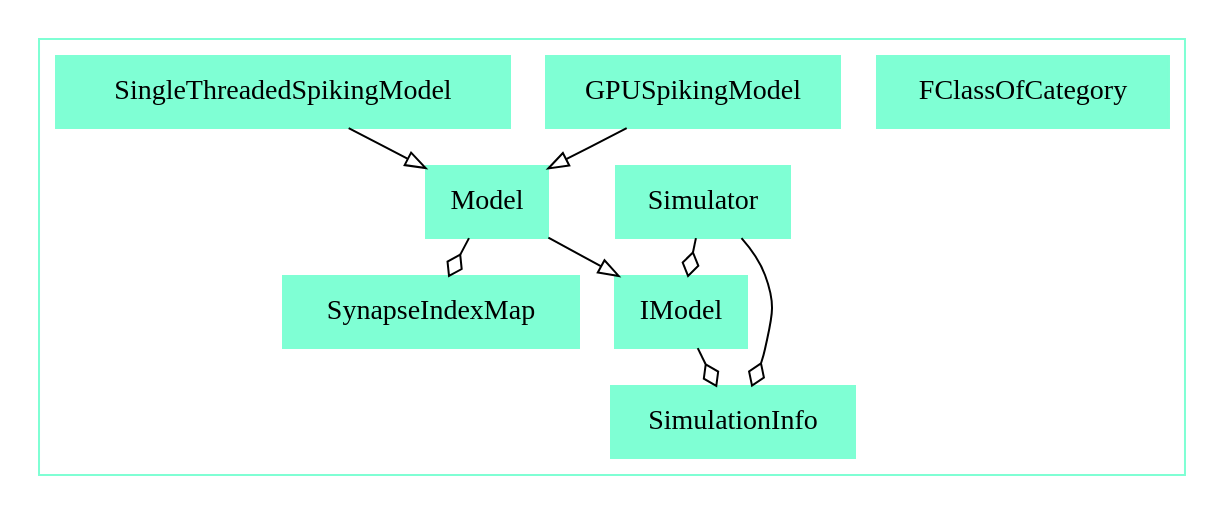
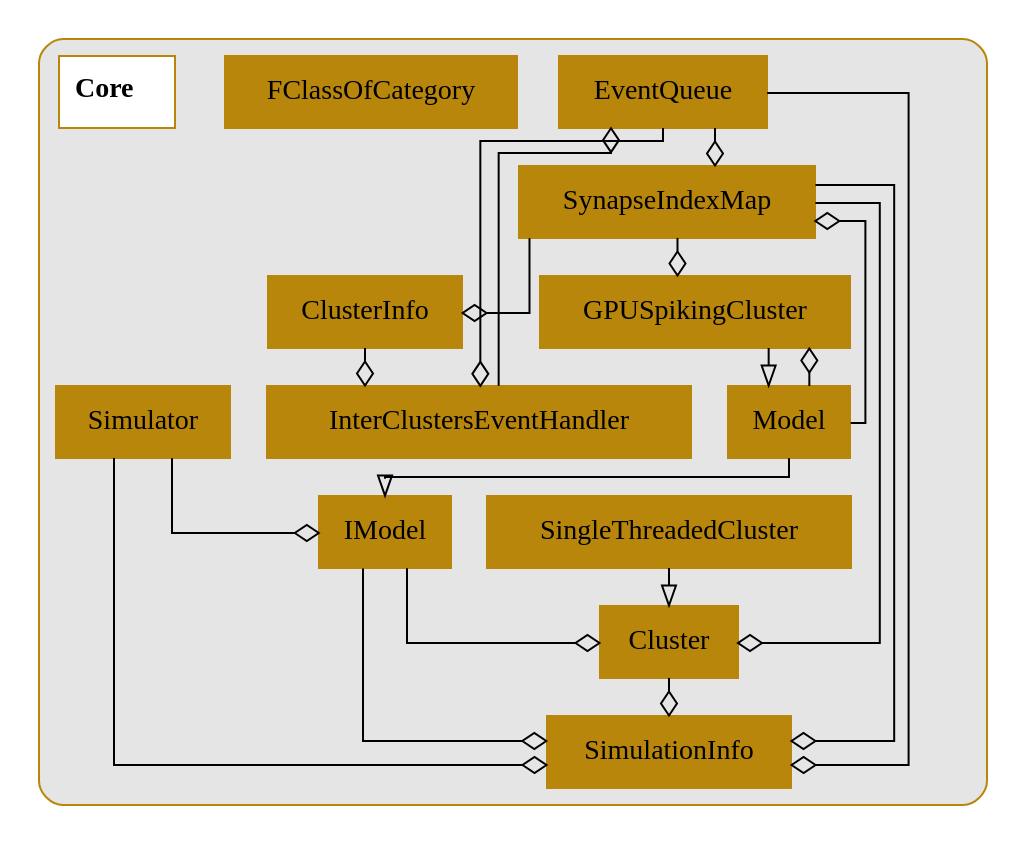
The diagram in Tools/DiagramGenerator/ExampleOutputs/dot_subsystems/Core.dot (UWB-Biocomputing/BrainGrid), drawn with Graphviz before and after one commit. The commit also changed 28 other files, not shown here.

First line of the commit message:
dotGenerator update, new diagrams

```diff
--- a/Tools/DiagramGenerator/ExampleOutputs/dot_subsystems/Core.dot
+++ b/Tools/DiagramGenerator/ExampleOutputs/dot_subsystems/Core.dot
@@ -1,45 +1,70 @@
 digraph{
+	 graph [splines=ortho]
 
 	subgraph clusterCore {
-		color = aquamarine
-		node [shape = record, color = aquamarine];
+		style = rounded
+		bgcolor = grey90
+		color = darkgoldenrod
+		node [shape = record, color = darkgoldenrod];
 
+		Cluster[label = Cluster, style = filled];
+		ClusterInfo[label = ClusterInfo, style = filled];
+		EventQueue[label = EventQueue, style = filled];
 		FClassOfCategory[label = FClassOfCategory, style = filled];
-		GPUSpikingModel[label = GPUSpikingModel, style = filled];
+		GPUSpikingCluster[label = GPUSpikingCluster, style = filled];
 		IModel[label = IModel, style = filled];
+		InterClustersEventHandler[label = InterClustersEventHandler, style = filled];
 		Model[label = Model, style = filled];
 		SimulationInfo[label = SimulationInfo, style = filled];
 		Simulator[label = Simulator, style = filled];
-		SingleThreadedSpikingModel[label = SingleThreadedSpikingModel, style = filled];
+		SingleThreadedCluster[label = SingleThreadedCluster, style = filled];
 		SynapseIndexMap[label = SynapseIndexMap, style = filled];
+		Core[label =< <B> Core</B>>, style = bold, fillcolor = white, style = filled];
 
 
 		//------LAYOUT FOR SUBGRAPH------
 
 
 		rankdir = BT; // Rank Direction Bottom to Top
-		nodesep = 0.96; // Node Separation
-		ranksep = 0.96; // Rank Separation
+		nodesep = 1.3; // Node Separation
+		ranksep = 1.3; // Rank Separation
 
 
 		//INHERITANCE//
 
 
-		GPUSpikingModel -> Model [arrowhead=empty];
+		GPUSpikingCluster -> Model [arrowhead=empty];
 
 		Model -> IModel [arrowhead=empty];
 
-		SingleThreadedSpikingModel -> Model [arrowhead=empty];
+		SingleThreadedCluster -> Cluster [arrowhead=empty];
 
 
 		//COMPOSITION//
 
 
+		Cluster -> SimulationInfo [arrowhead=ediamond];
+
+		ClusterInfo -> InterClustersEventHandler [arrowhead=ediamond];
+
+		EventQueue -> InterClustersEventHandler [arrowhead=ediamond];
+		EventQueue -> SimulationInfo [arrowhead=ediamond];
+		EventQueue -> SynapseIndexMap [arrowhead=ediamond];
+
+		IModel -> Cluster [arrowhead=ediamond];
 		IModel -> SimulationInfo [arrowhead=ediamond];
 
+		InterClustersEventHandler -> EventQueue [arrowhead=ediamond];
+
+		Model -> GPUSpikingCluster [arrowhead=ediamond];
 		Model -> SynapseIndexMap [arrowhead=ediamond];
 
 		Simulator -> IModel [arrowhead=ediamond];
 		Simulator -> SimulationInfo [arrowhead=ediamond];
+
+		SynapseIndexMap -> Cluster [arrowhead=ediamond];
+		SynapseIndexMap -> ClusterInfo [arrowhead=ediamond];
+		SynapseIndexMap -> GPUSpikingCluster [arrowhead=ediamond];
+		SynapseIndexMap -> SimulationInfo [arrowhead=ediamond];
 	}//end subgraph Core
 }//end digraph
```
